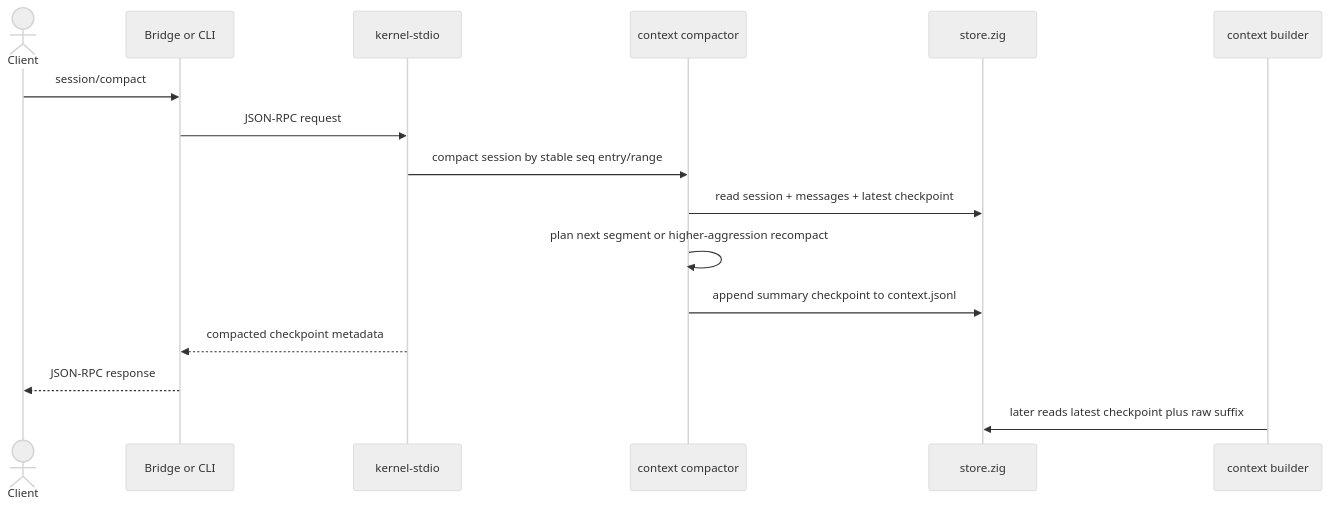
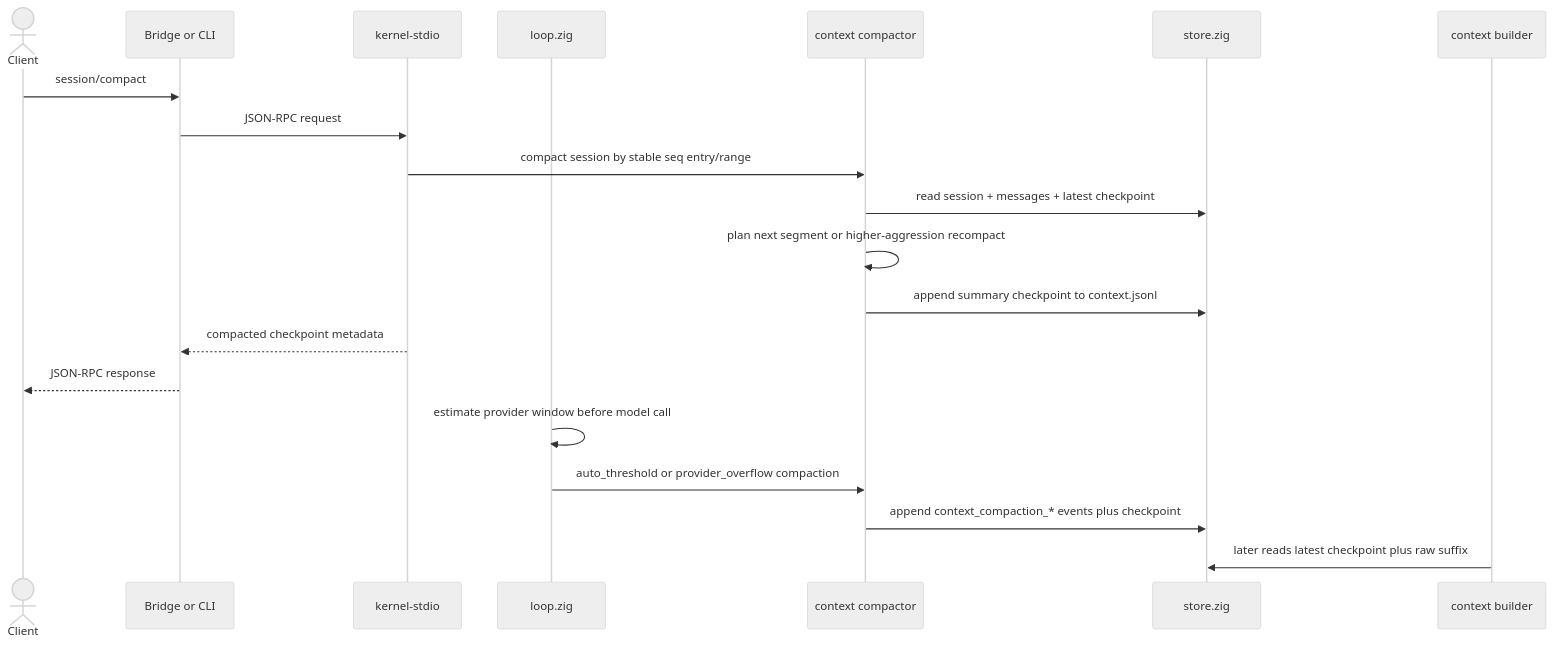
Before and after one commit to savageops/VANTARI-ONE: the third of 7 diagrams in apps/backend/variant-1/architecture.md, drawn with Mermaid (neutral theme). The commit also changed other lines of this file and 31 other files, not shown here.

````diff
--- a/apps/backend/variant-1/architecture.md
+++ b/apps/backend/variant-1/architecture.md
@@ -74,19 +95,23 @@
 ```mermaid
 sequenceDiagram
   actor C as Client
   participant B as Bridge or CLI
   participant K as kernel-stdio
+  participant E as loop.zig
   participant M as context compactor
   participant S as store.zig
   participant X as context builder
 
   C->>B: session/compact
   B->>K: JSON-RPC request
   K->>M: compact session by stable seq entry/range
   M->>S: read session + messages + latest checkpoint
   M->>M: plan next segment or higher-aggression recompact
   M->>S: append summary checkpoint to context.jsonl
   K-->>B: compacted checkpoint metadata
   B-->>C: JSON-RPC response
+  E->>E: estimate provider window before model call
+  E->>M: auto_threshold or provider_overflow compaction
+  M->>S: append context_compaction_* events plus checkpoint
   X->>S: later reads latest checkpoint plus raw suffix
 ```
````
